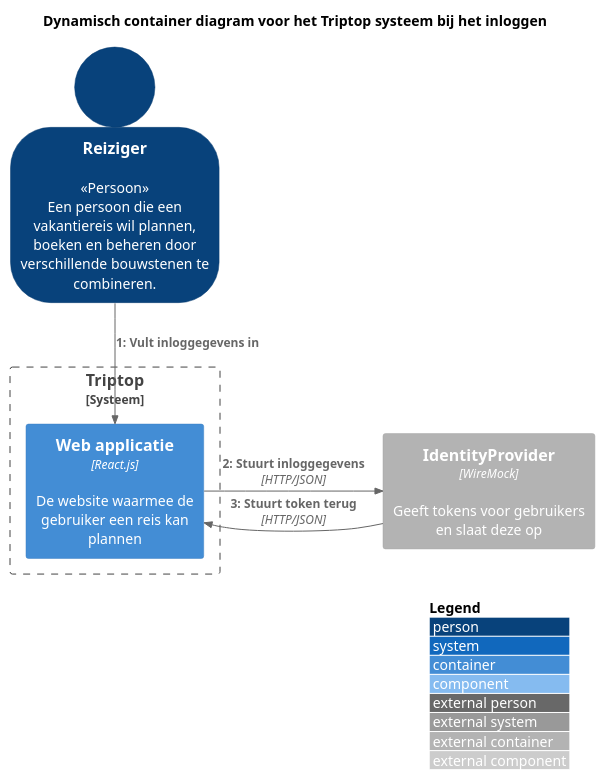
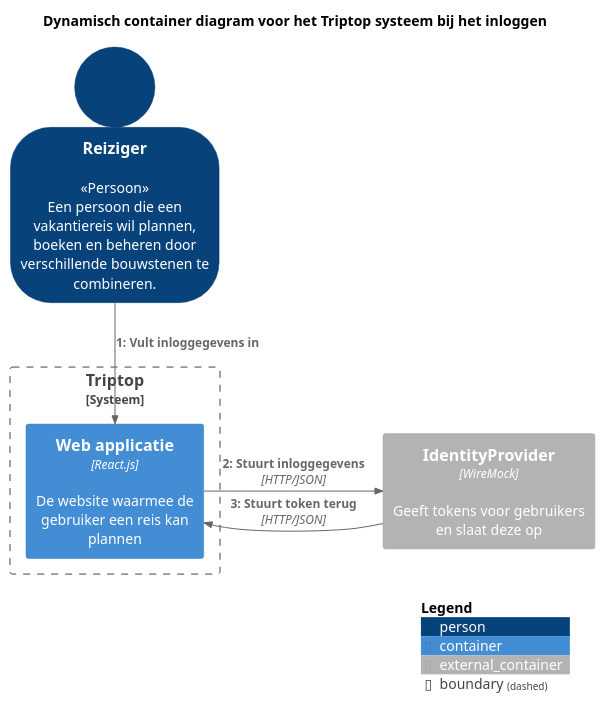
One commit to AIM-ENE-feb25/triptop-groep-1-met-third-wheel changed the diagram in diagram/container/TripTopSystemDynamicContainerDiagramInloggen.puml. Above: the diagram before and after it, drawn with PlantUML. The commit also changed 2 other files, not shown here.

Commit message:
Update diagrammen

```diff
--- a/diagram/container/TripTopSystemDynamicContainerDiagramInloggen.puml
+++ b/diagram/container/TripTopSystemDynamicContainerDiagramInloggen.puml
@@ -1,21 +1,22 @@
 @startuml "Container diagram voor het Triptop systeem"
 !include https://raw.githubusercontent.com/plantuml-stdlib/C4-PlantUML/master/C4_Container.puml
 !include https://raw.githubusercontent.com/plantuml-stdlib/C4-PlantUML/master/C4_Dynamic.puml
 SHOW_PERSON_OUTLINE()
-LAYOUT_WITH_LEGEND()
 
 title "Dynamisch container diagram voor het Triptop systeem bij het inloggen"
 Person(traveler, "Reiziger", "<<Persoon>>\nEen persoon die een vakantiereis wil plannen, boeken en beheren door verschillende bouwstenen te combineren.")
 
 Boundary(system, "Triptop", "Systeem") {
     Container(frontend, "Web applicatie", "React.js", "De website waarmee de gebruiker een reis kan plannen")
 }
 
 
 Container_Ext(identity, "IdentityProvider", "WireMock", "Geeft tokens voor gebruikers en slaat deze op")
 
 Rel_Down(traveler, frontend, "Vult inloggegevens in")
 Rel_Right(frontend, identity, "Stuurt inloggegevens", "HTTP/JSON")
 Rel_Left(identity, frontend, "Stuurt token terug", "HTTP/JSON")
 
+SHOW_LEGEND()
+
 @enduml
```
